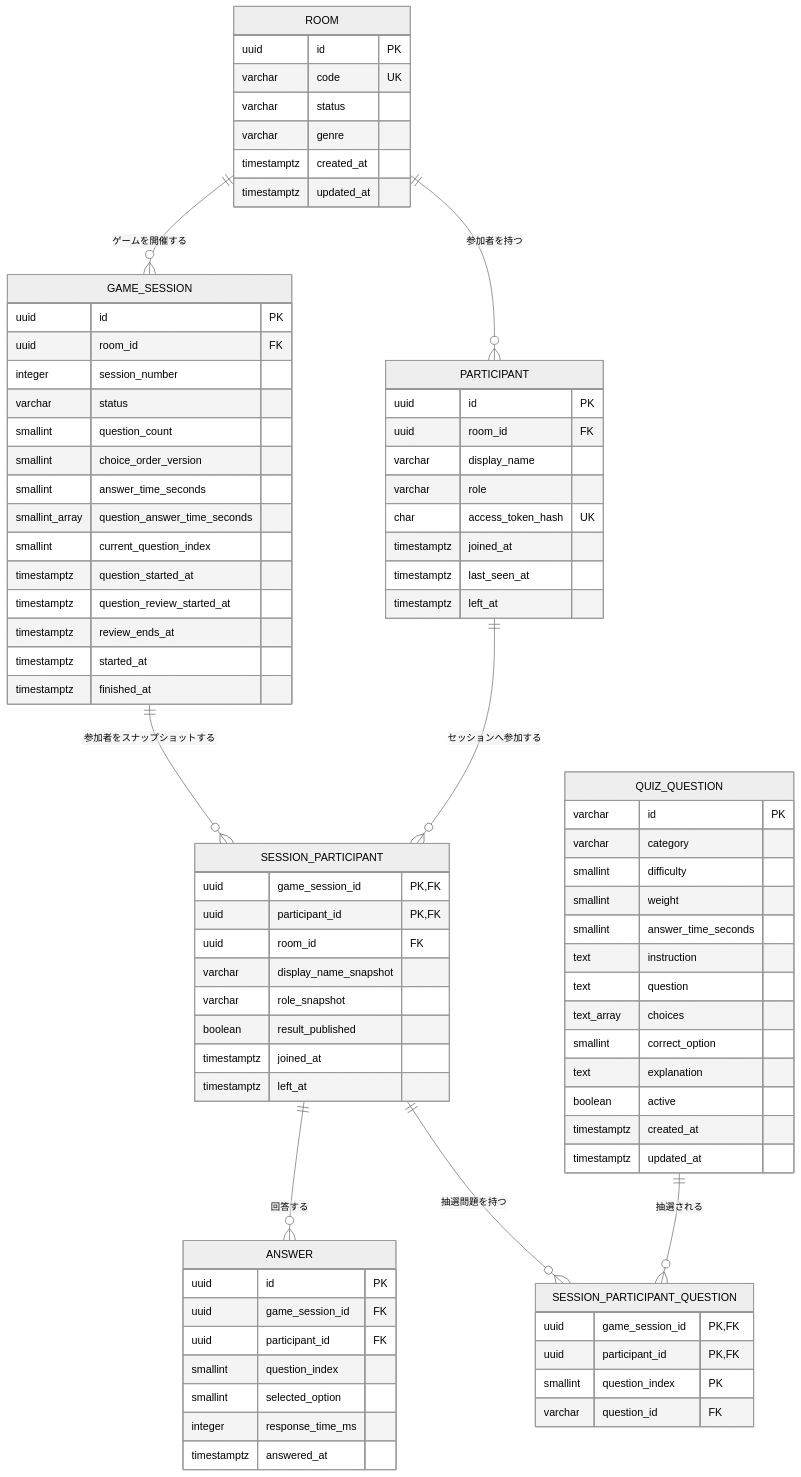
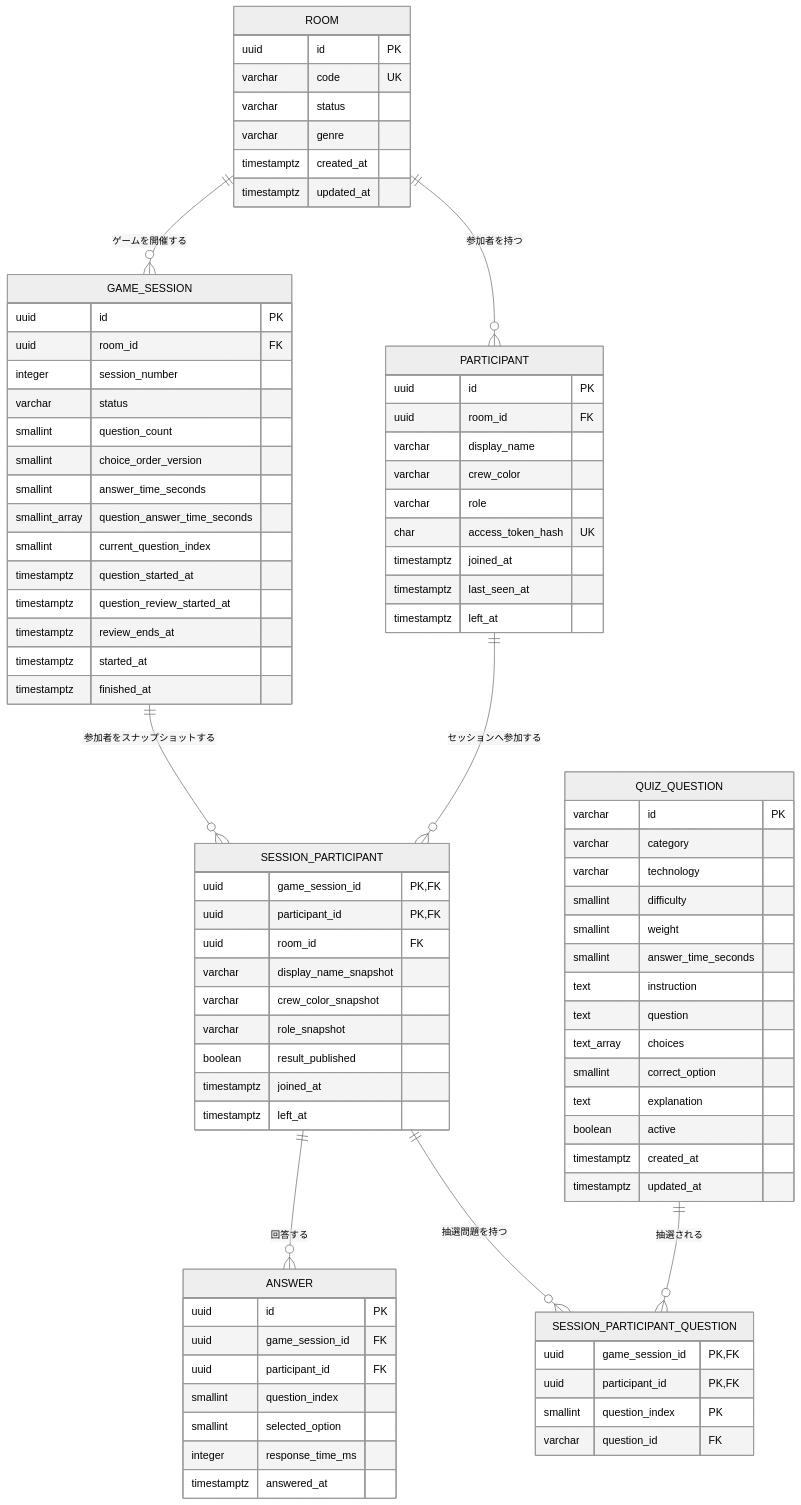
One commit to 007iger/engifar changed the diagram in docs/er-diagram.md. Above: the diagram before and after it, drawn with Mermaid (neutral theme). The commit also changed other lines of this file and 28 other files, not shown here.

```diff
--- a/docs/er-diagram.md
+++ b/docs/er-diagram.md
@@ -36,6 +40,7 @@
         uuid id PK
         uuid room_id FK
         varchar display_name
+        varchar crew_color
         varchar role
         char access_token_hash UK
         timestamptz joined_at
@@ -65,6 +70,7 @@
         uuid participant_id PK,FK
         uuid room_id FK
         varchar display_name_snapshot
+        varchar crew_color_snapshot
         varchar role_snapshot
         boolean result_published
         timestamptz joined_at
@@ -84,6 +90,7 @@
     QUIZ_QUESTION {
         varchar id PK
         varchar category
+        varchar technology
         smallint difficulty
         smallint weight
         smallint answer_time_seconds
```
